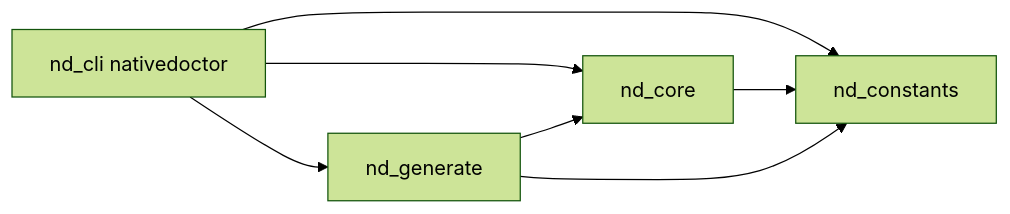
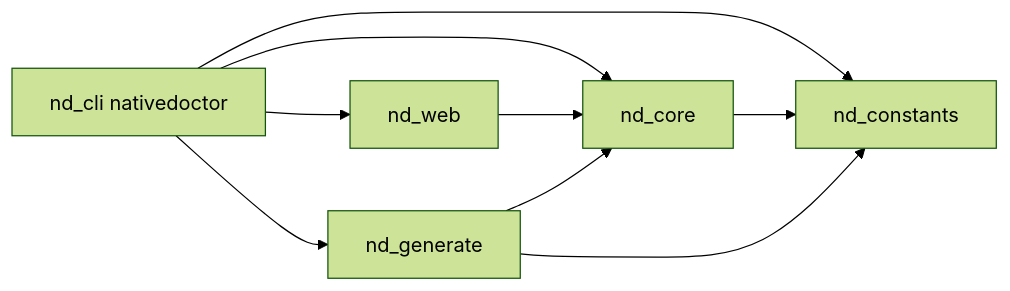
Before and after one commit to rubbieKelvin/nativedoctor: the diagram in README.md, drawn with Mermaid (forest theme). The commit also changed other lines of this file and 10 other files, not shown here.

````diff
--- a/README.md
+++ b/README.md
@@ -360,13 +386,16 @@
 ```mermaid
 flowchart LR
   cli[nd_cli nativedoctor]
   core[nd_core]
   gen[nd_generate]
   konst[nd_constants]
+  web[nd_web]
   cli --> core
   cli --> gen
   cli --> konst
+  cli --> web
+  web --> core
   core --> konst
   gen --> konst
   gen --> core
 ```
````
